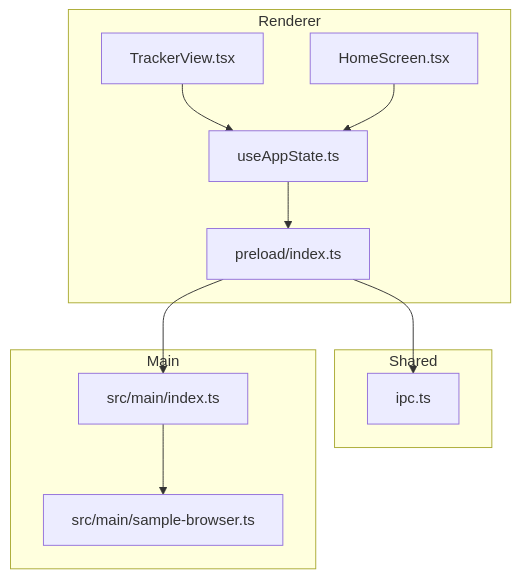
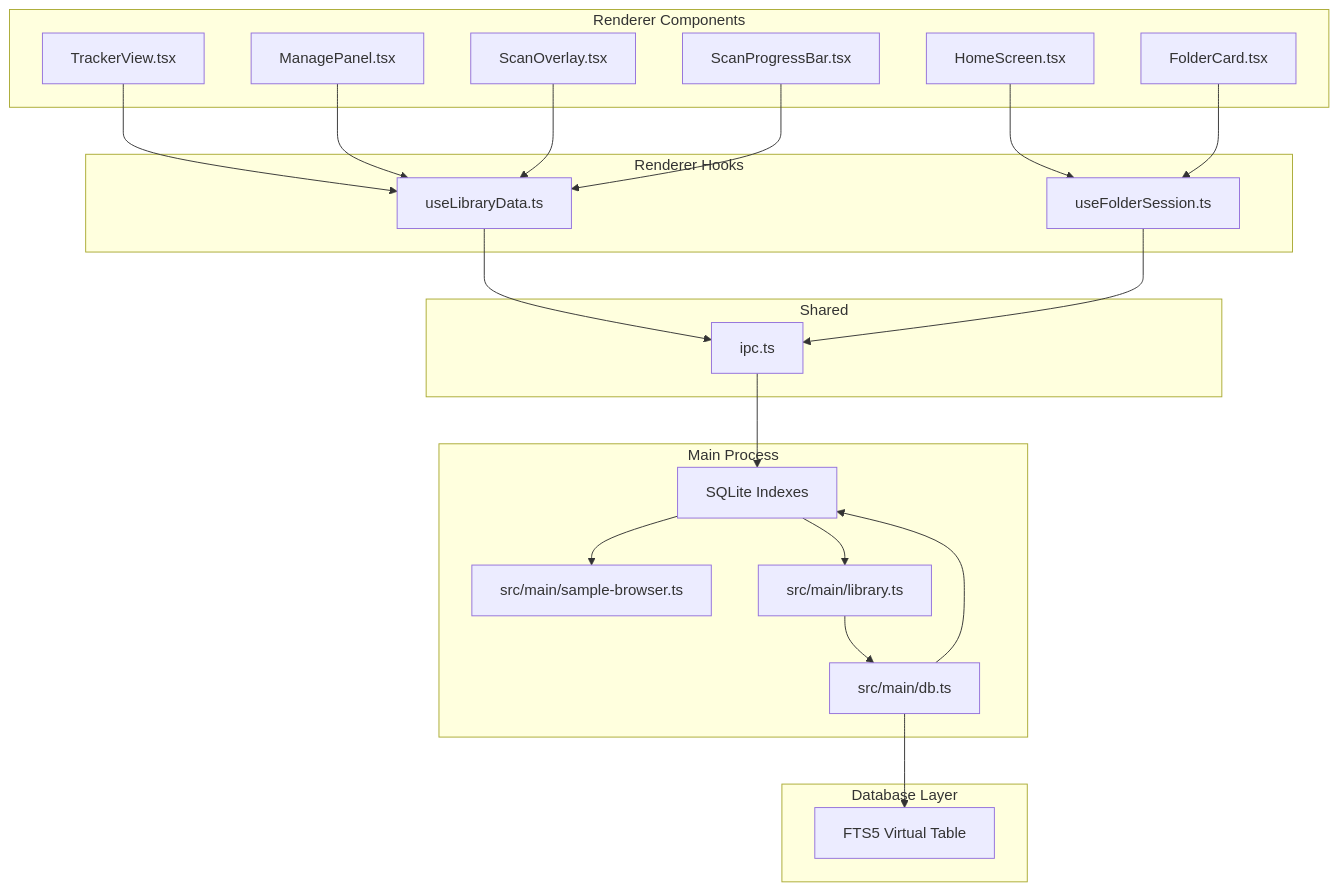
Before and after one commit to satyrlord/mixjam-electron: the first of 7 diagrams in .qoder/repowiki/en/content/Sample Browser.md, drawn with Mermaid. The commit also changed other lines of this file and 104 other files, not shown here.

First line of the commit message:
fix(config): update markdownlint schema and cleanup ignored paths

````diff
--- a/.qoder/repowiki/en/content/Sample Browser.md
+++ b/.qoder/repowiki/en/content/Sample Browser.md
@@ -41,22 +58,42 @@
 ```mermaid
 graph TB
-subgraph "Renderer"
-UI_Hooks["useAppState.ts"]
+subgraph "Renderer Components"
 TV["TrackerView.tsx"]
 HS["HomeScreen.tsx"]
-PZ["preload/index.ts"]
+MP["ManagePanel.tsx"]
+FC["FolderCard.tsx"]
+SO["ScanOverlay.tsx"]
+SPB["ScanProgressBar.tsx"]
+end
+subgraph "Renderer Hooks"
+ULD["useLibraryData.ts"]
+UF["useFolderSession.ts"]
 end
 subgraph "Shared"
 IPC["ipc.ts"]
 end
-subgraph "Main"
+subgraph "Main Process"
 IDX["src/main/index.ts"]
 SB["src/main/sample-browser.ts"]
+LIB["src/main/library.ts"]
+DB["src/main/db.ts"]
 end
-UI_Hooks --> PZ
-PZ --> IPC
-PZ --> IDX
+subgraph "Database Layer"
+FTS["FTS5 Virtual Table"]
+IDX["SQLite Indexes"]
+end
+TV --> ULD
+HS --> UF
+MP --> ULD
+FC --> UF
+SO --> ULD
+SPB --> ULD
+ULD --> IPC
+UF --> IPC
+IPC --> IDX
 IDX --> SB
-TV --> UI_Hooks
-HS --> UI_Hooks
+IDX --> LIB
+LIB --> DB
+DB --> FTS
+DB --> IDX
 ```
````
